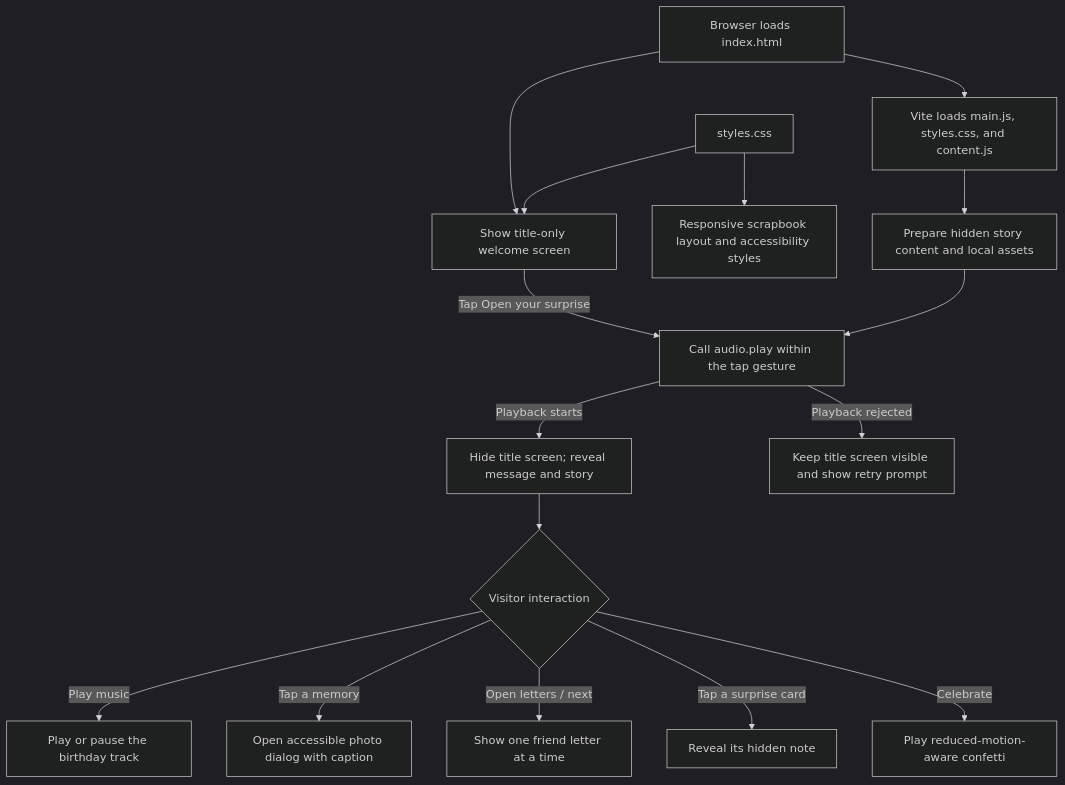
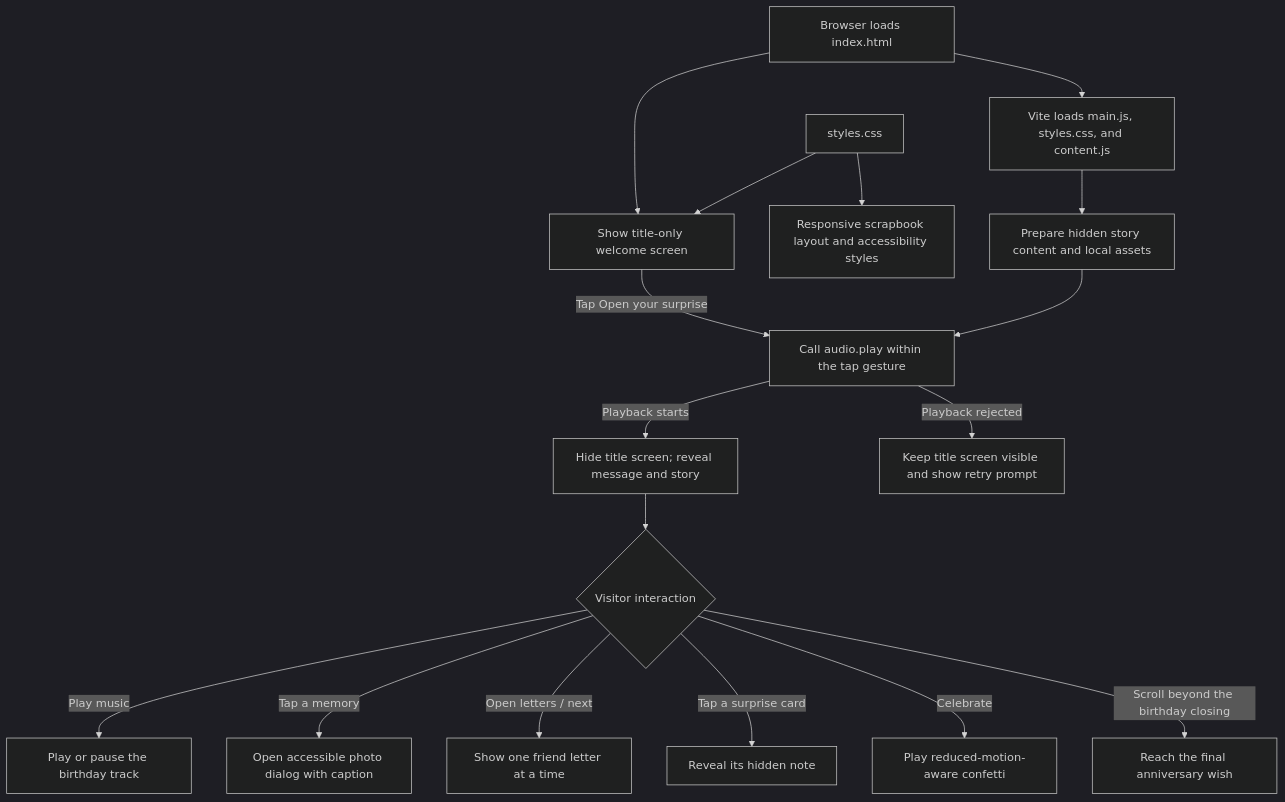
The diagram in docs/architecture.md (KXLM10/angie-birthday-website-26-11-2026), drawn with Mermaid (dark theme) before and after one commit. The commit also changed other lines of this file and 4 other files, not shown here.

Commit message:
feat: move anniversary wish to final screen

````diff
--- a/docs/architecture.md
+++ b/docs/architecture.md
@@ -7,18 +7,19 @@
 ```mermaid
 flowchart TD
   A[Browser loads index.html] --> B[Show title-only welcome screen]
   A --> C[Vite loads main.js, styles.css, and content.js]
   C --> D[Prepare hidden story content and local assets]
   B -->|Tap Open your surprise| E[Call audio.play within the tap gesture]
   D --> E
   E -->|Playback starts| F[Hide title screen; reveal message and story]
   E -->|Playback rejected| R[Keep title screen visible and show retry prompt]
   F --> G{Visitor interaction}
   G -->|Play music| H[Play or pause the birthday track]
   G -->|Tap a memory| I[Open accessible photo dialog with caption]
   G -->|Open letters / next| J[Show one friend letter at a time]
   G -->|Tap a surprise card| K[Reveal its hidden note]
   G -->|Celebrate| L[Play reduced-motion-aware confetti]
+  G -->|Scroll beyond the birthday closing| S[Reach the final anniversary wish]
   M[styles.css] --> B
   M --> N[Responsive scrapbook layout and accessibility styles]
 ```
````
